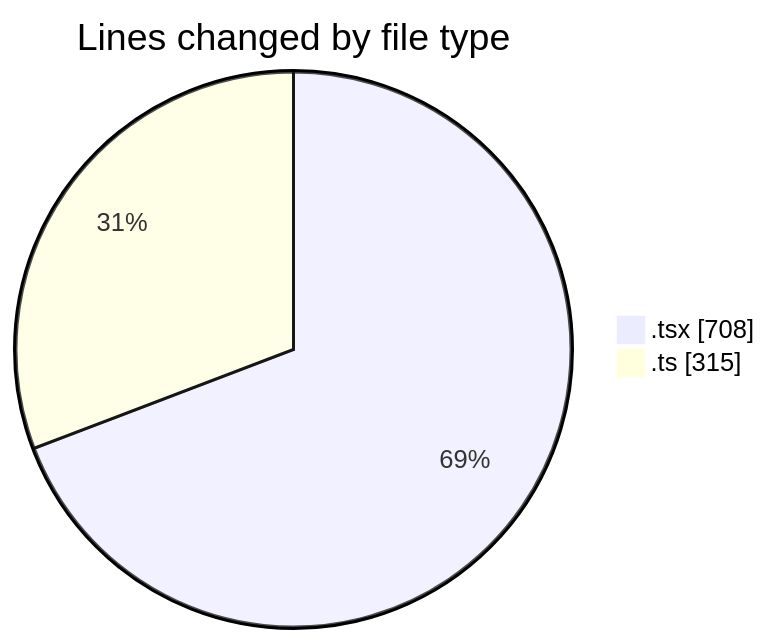
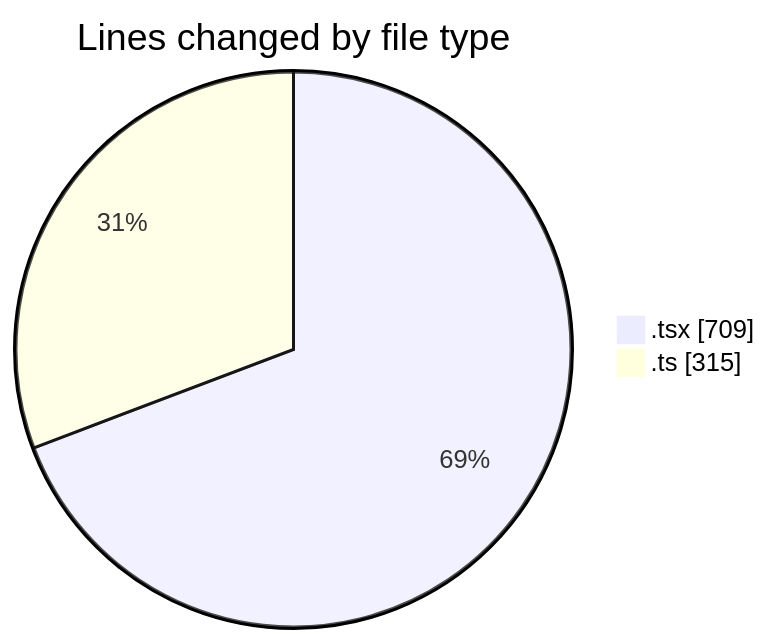
One commit to nxtqubesakshisongat/code-tracking changed the first of 2 diagrams in 2026-02-13/nxtqube_webapp/README.md. Above: the diagram before and after it, drawn with Mermaid. The commit also changed other lines of this file and 1 other file, not shown here.

````diff
--- a/2026-02-13/nxtqube_webapp/README.md
+++ b/2026-02-13/nxtqube_webapp/README.md
@@ -21,6 +21,6 @@
 ```mermaid
 pie showData
 title Lines changed by file type
-".tsx" : 708
+".tsx" : 709
 ".ts" : 315
 ```
````
